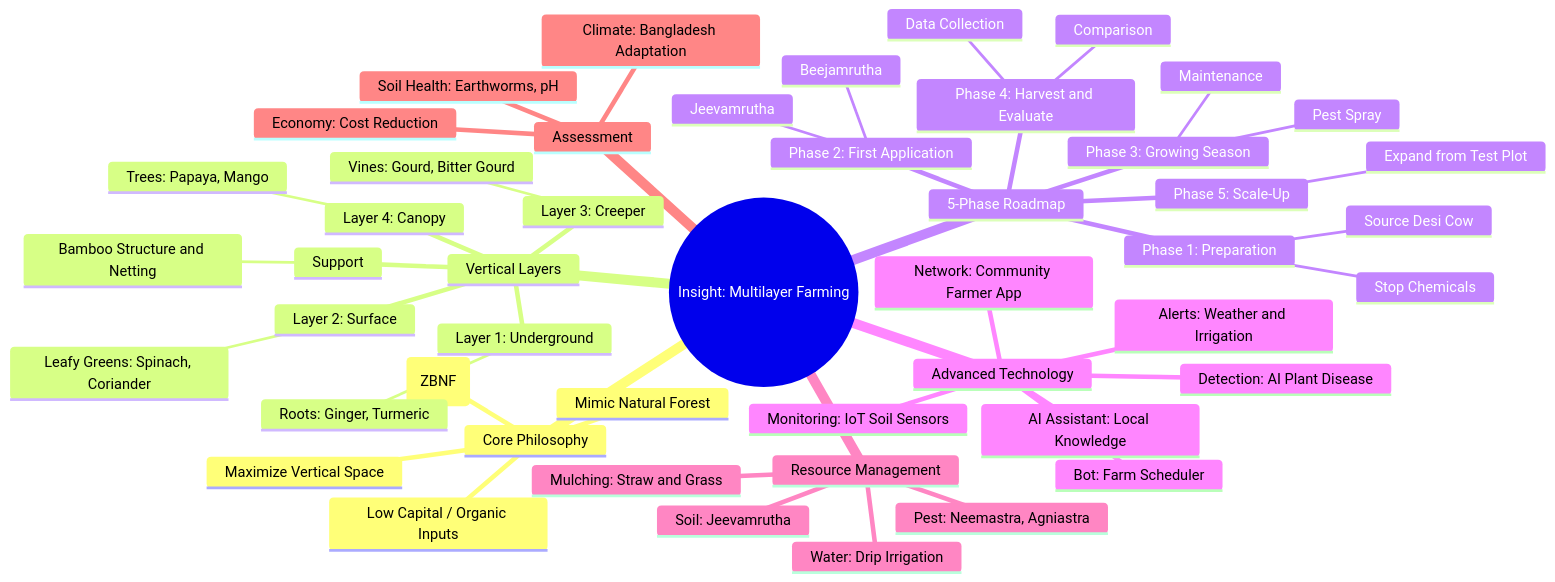
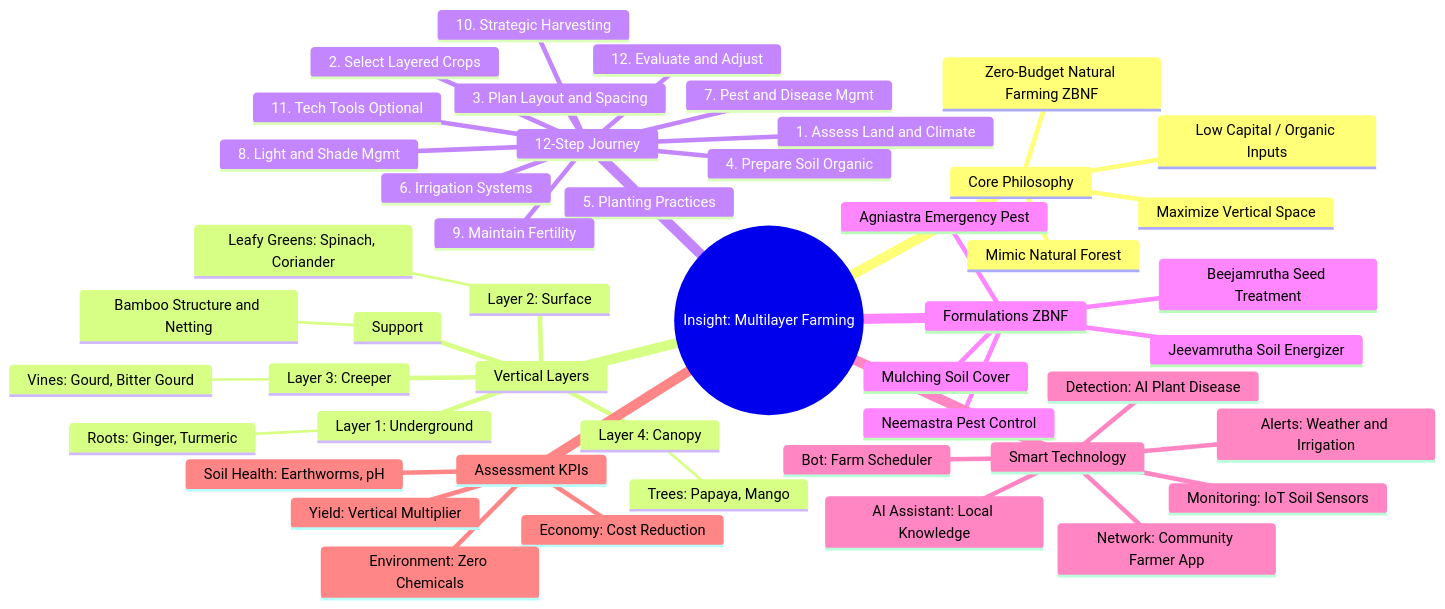
Before and after one commit to abidkhan484/agri-insight: the diagram in content/docs/_index.md, drawn with Mermaid. The commit also changed other lines of this file and 2 other files, not shown here.

Commit message:
fix: mermaid syntax issue in server which works

````diff
--- a/content/docs/_index.md
+++ b/content/docs/_index.md
@@ -13,51 +15,51 @@
 ```mermaid
 mindmap
   root((Insight: Multilayer Farming))
     Core Philosophy
-      Zero-Budget Natural Farming (ZBNF)
+      Zero-Budget Natural Farming ZBNF
       Mimic Natural Forest
       Maximize Vertical Space
       Low Capital / Organic Inputs
     Vertical Layers
       Layer 1: Underground
         Roots: Ginger, Turmeric
       Layer 2: Surface
         Leafy Greens: Spinach, Coriander
       Layer 3: Creeper
         Vines: Gourd, Bitter Gourd
       Layer 4: Canopy
         Trees: Papaya, Mango
       Support
         Bamboo Structure and Netting
-    5-Phase Roadmap
-      Phase 1: Preparation
-        Source Desi Cow
-        Stop Chemicals
-      Phase 2: First Application
-        Jeevamrutha
-        Beejamrutha
-      Phase 3: Growing Season
-        Maintenance
-        Pest Spray
-      Phase 4: Harvest and Evaluate
-        Data Collection
-        Comparison
-      Phase 5: Scale-Up
-        Expand from Test Plot
-    Advanced Technology
+    12-Step Journey
+      1. Assess Land and Climate
+      2. Select Layered Crops
+      3. Plan Layout and Spacing
+      4. Prepare Soil Organic
+      5. Planting Practices
+      6. Irrigation Systems
+      7. Pest and Disease Mgmt
+      8. Light and Shade Mgmt
+      9. Maintain Fertility
+      10. Strategic Harvesting
+      11. Tech Tools Optional
+      12. Evaluate and Adjust
+    Formulations ZBNF
+      Jeevamrutha Soil Energizer
+      Beejamrutha Seed Treatment
+      Neemastra Pest Control
+      Agniastra Emergency Pest
+      Mulching Soil Cover
+    Smart Technology
       Bot: Farm Scheduler
       Alerts: Weather and Irrigation
       Monitoring: IoT Soil Sensors
       Detection: AI Plant Disease
       AI Assistant: Local Knowledge
       Network: Community Farmer App
-    Resource Management
-      Soil: Jeevamrutha
-      Pest: Neemastra, Agniastra
-      Water: Drip Irrigation
-      Mulching: Straw and Grass
-    Assessment
+    Assessment KPIs
       Soil Health: Earthworms, pH
-      Climate: Bangladesh Adaptation
+      Yield: Vertical Multiplier
       Economy: Cost Reduction
+      Environment: Zero Chemicals
 ```
````
